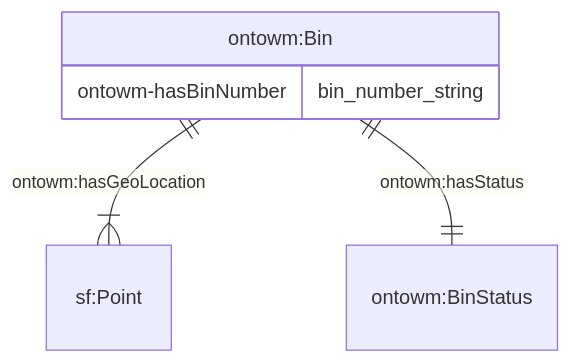
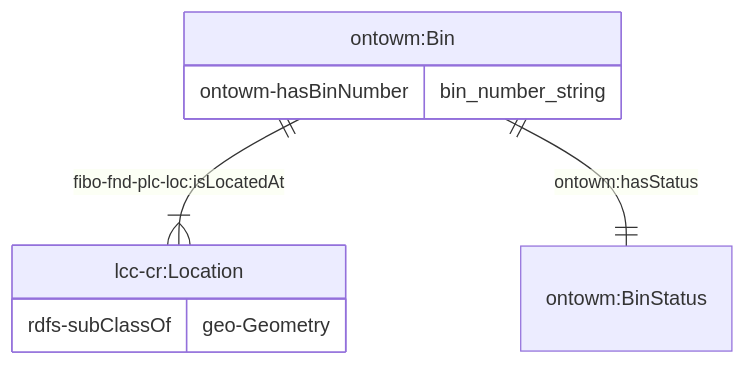
The ninth of 10 diagrams in JPS_Ontology/ontology/ontowastemanagement/README.md (cambridge-cares/TheWorldAvatar), drawn with Mermaid before and after one commit. The commit also changed other lines of this file and 3 other files, not shown here.

````diff
--- a/JPS_Ontology/ontology/ontowastemanagement/README.md
+++ b/JPS_Ontology/ontology/ontowastemanagement/README.md
@@ -329,9 +404,12 @@
 ```mermaid
     erDiagram
-    "ontowm:Bin" ||--|{ "sf:Point" : "ontowm:hasGeoLocation"
+    "ontowm:Bin" ||--|{ "lcc-cr:Location" : "fibo-fnd-plc-loc:isLocatedAt"
+    "lcc-cr:Location" {
+        rdfs-subClassOf geo-Geometry
+    }
     "ontowm:Bin" ||--|| "ontowm:BinStatus" : "ontowm:hasStatus"
 
     "ontowm:Bin" {
         ontowm-hasBinNumber bin_number_string
     }
 ```
````
